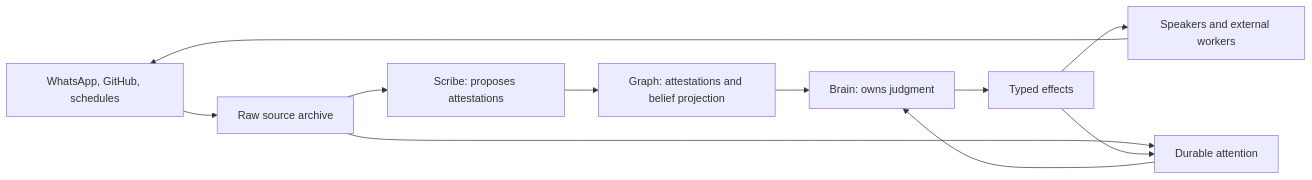
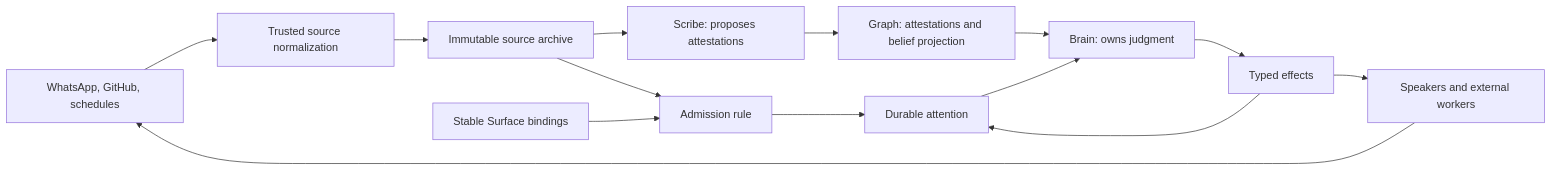
One commit to AaronAbuUsama/ambient-agent-v2 changed the diagram in docs/ARCHITECTURE.md. Above: the diagram before and after it, drawn with Mermaid. The commit also changed other lines of this file and 15 other files, not shown here.

````diff
--- a/docs/ARCHITECTURE.md
+++ b/docs/ARCHITECTURE.md
@@ -30,13 +30,16 @@
 ```mermaid
 flowchart LR
-  World["WhatsApp, GitHub, schedules"] --> Archive["Raw source archive"]
+  World["WhatsApp, GitHub, schedules"] --> Intake["Trusted source normalization"]
+  Intake --> Archive["Immutable source archive"]
+  Archive --> Admission["Admission rule"]
+  Binding["Stable Surface bindings"] --> Admission
+  Admission --> Attention["Durable attention"]
   Archive --> Scribe["Scribe: proposes attestations"]
   Scribe --> Graph["Graph: attestations and belief projection"]
-  Archive --> Attention["Durable attention"]
   Graph --> Brain["Brain: owns judgment"]
   Attention --> Brain
   Brain --> Effects["Typed effects"]
   Effects --> Speakers["Speakers and external workers"]
   Speakers --> World
   Effects --> Attention
 ```
````
